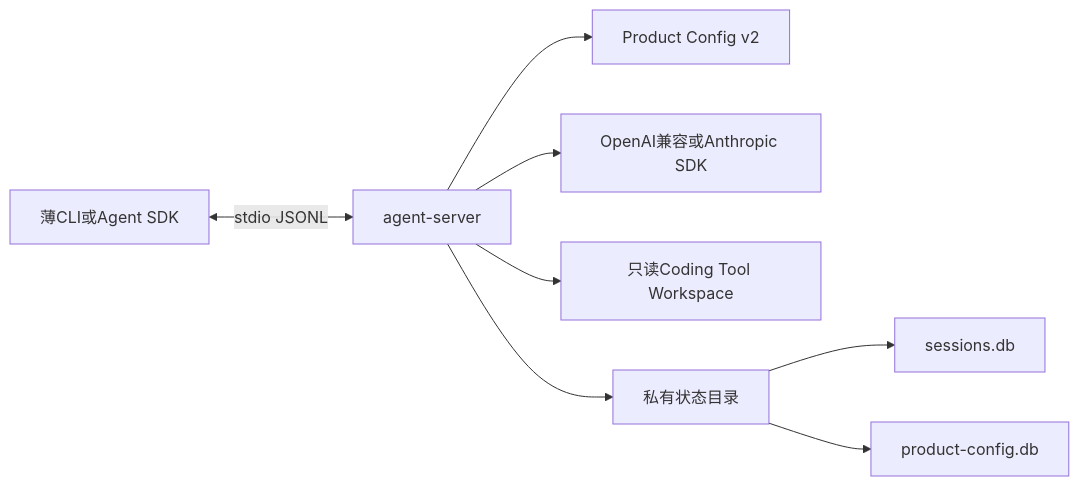
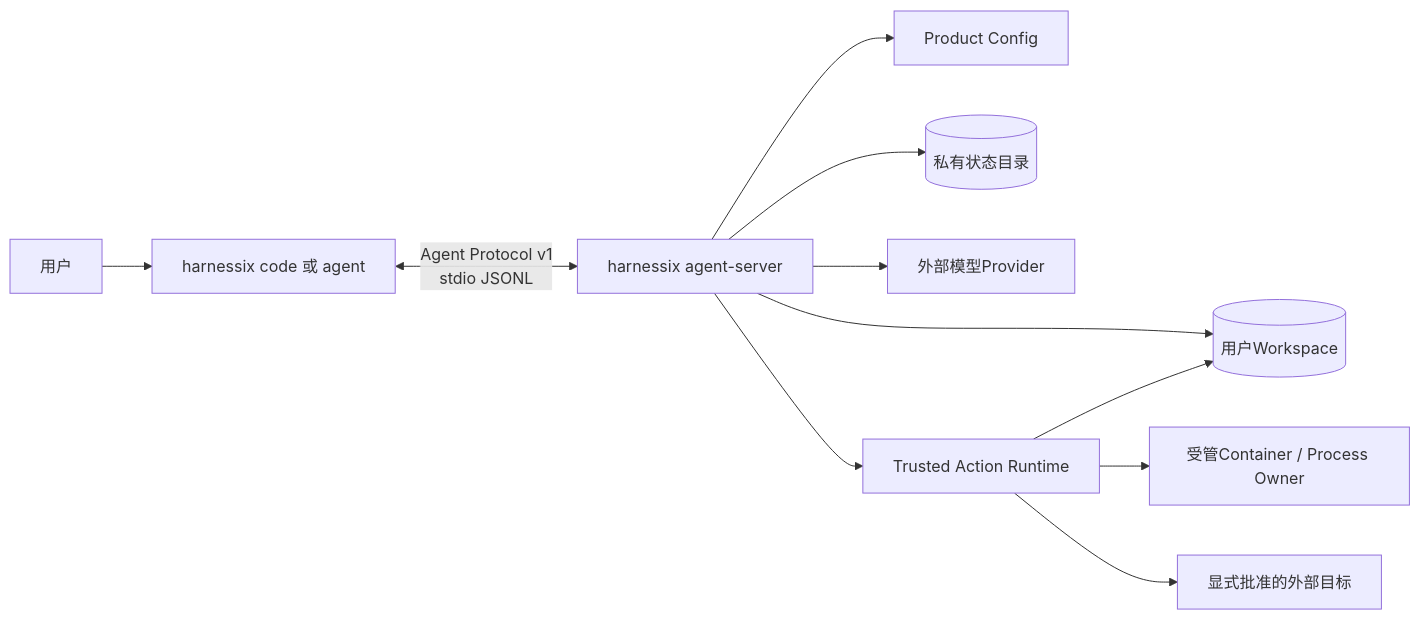
The diagram in docs/deployment.md (carrie1988/Harnessix), drawn with Mermaid before and after one commit. The commit also changed other lines of this file and 82 other files, not shown here.

````diff
--- a/docs/deployment.md
+++ b/docs/deployment.md
@@ -68,10 +71,13 @@
 ```mermaid
 flowchart LR
-    CLI[薄CLI或Agent SDK] <-->|stdio JSONL| Server[agent-server]
-    Server --> Config[Product Config v2]
-    Server --> Provider[OpenAI兼容或Anthropic SDK]
-    Server --> Workspace[只读Coding Tool Workspace]
-    Server --> State[私有状态目录]
-    State --> Session[sessions.db]
-    State --> ConfigDB[product-config.db]
+    User[用户] --> UI[harnessix code 或 agent]
+    UI <-->|Agent Protocol v1<br/>stdio JSONL| Server[harnessix agent-server]
+    Server --> Config[Product Config]
+    Server --> State[(私有状态目录)]
+    Server --> Workspace[(用户Workspace)]
+    Server --> Provider[外部模型Provider]
+    Server --> Router[Trusted Action Runtime]
+    Router --> Workspace
+    Router --> Container[受管Container / Process Owner]
+    Router --> External[显式批准的外部目标]
 ```
````
